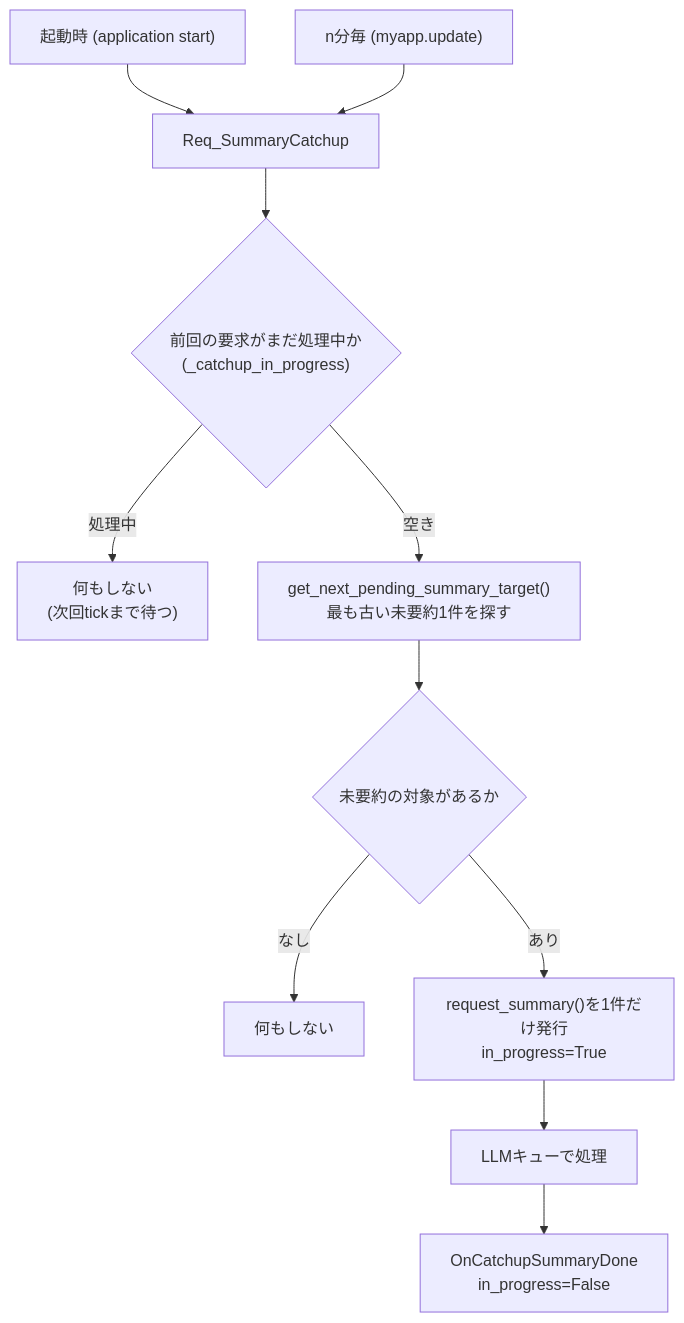
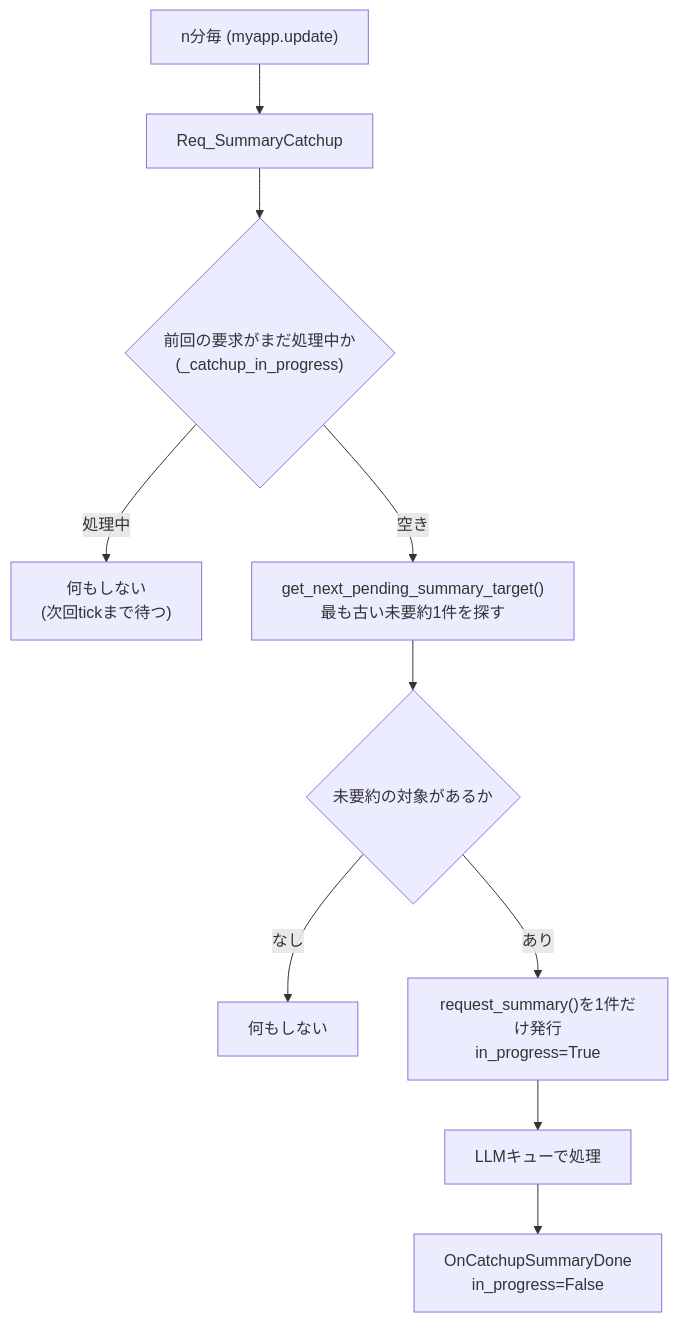
One commit to tesu-dice/DesktopCharacter changed the diagram in docs/開発予定/202608_要約機能調整/要約キャッチアップ化_設計方針.md. Above: the diagram before and after it, drawn with Mermaid. The commit also changed other lines of this file and 4 other files, not shown here.

````diff
--- a/docs/開発予定/202608_要約機能調整/要約キャッチアップ化_設計方針.md
+++ b/docs/開発予定/202608_要約機能調整/要約キャッチアップ化_設計方針.md
@@ -25,13 +25,13 @@
 ```mermaid
 flowchart TB
-    Start["起動時 (application start)"] --> Tick["Req_SummaryCatchup"]
-    Periodic["n分毎 (myapp.update)"] --> Tick
-    Tick --> Guard{"前回の要求がまだ処理中か<br>(_catchup_in_progress)"}
-    Guard -->|"処理中"| Skip["何もしない<br>(次回tickまで待つ)"]
-    Guard -->|"空き"| Scan["get_next_pending_summary_target()<br>最も古い未要約1件を探す"]
-    Scan --> Found{"未要約の対象があるか"}
-    Found -->|"なし"| Idle["何もしない"]
-    Found -->|"あり"| Request["request_summary()を1件だけ発行<br>in_progress=True"]
-    Request --> Wait["LLMキューで処理"]
-    Wait --> Done["OnCatchupSummaryDone<br>in_progress=False"]
+  Tick["Req_SummaryCatchup"]
+  Periodic["n分毎 (myapp.update)"] --> Tick
+  Tick --> Guard{"前回の要求がまだ処理中か<br>(_catchup_in_progress)"}
+  Guard -->|"処理中"| Skip["何もしない<br>(次回tickまで待つ)"]
+  Guard -->|"空き"| Scan["get_next_pending_summary_target()<br>最も古い未要約1件を探す"]
+  Scan --> Found{"未要約の対象があるか"}
+  Found -->|"なし"| Idle["何もしない"]
+  Found -->|"あり"| Request["request_summary()を1件だけ発行<br>in_progress=True"]
+  Request --> Wait["LLMキューで処理"]
+  Wait --> Done["OnCatchupSummaryDone<br>in_progress=False"]
 ```
````
